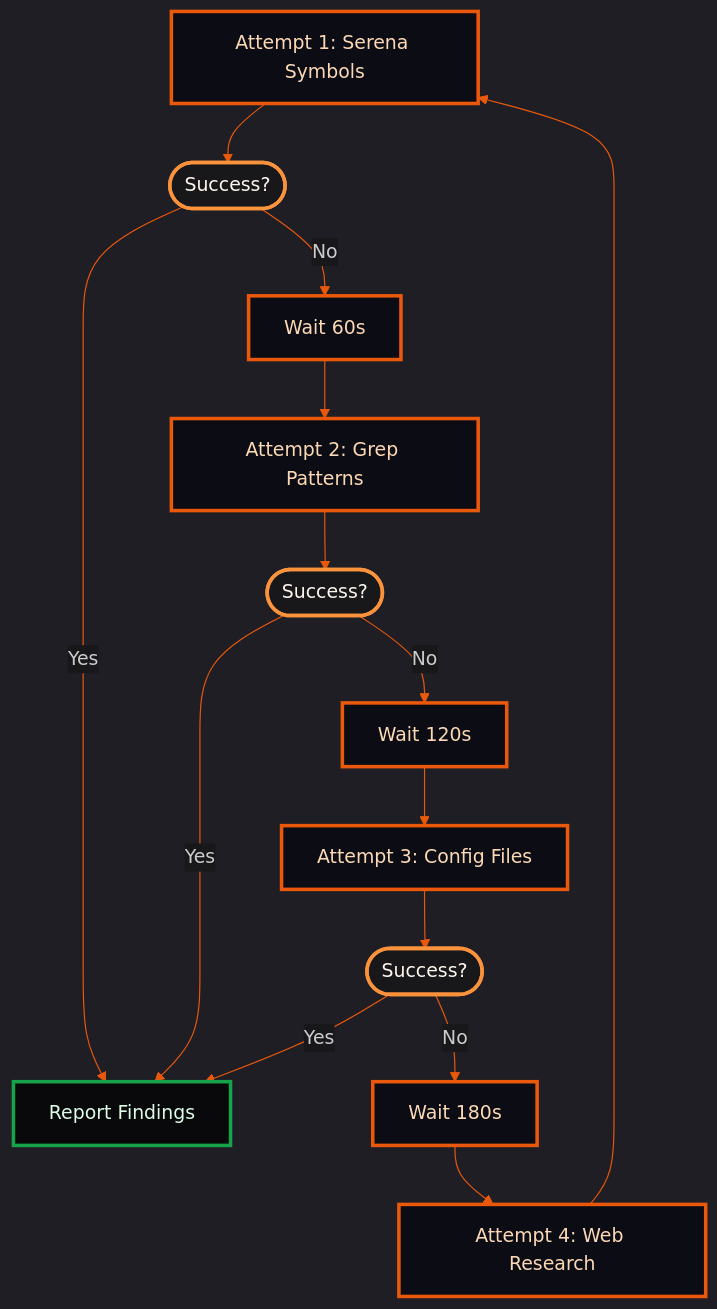
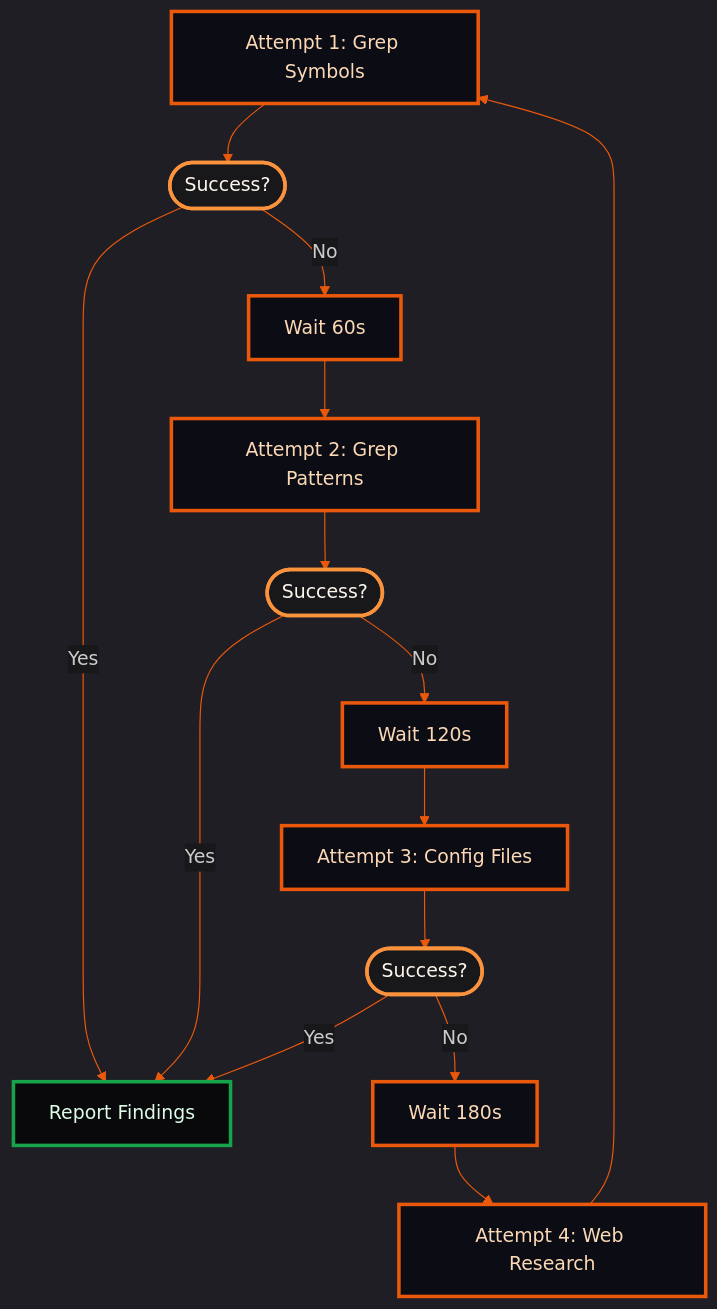
Before and after one commit to bosmadev/claude: the diagram in agents/backend-hunter.md, drawn with Mermaid. The commit also changed other lines of this file and 29 other files, not shown here.

````diff
--- a/agents/backend-hunter.md
+++ b/agents/backend-hunter.md
@@ -129,29 +126,29 @@
 ```mermaid
 %%{init: {'theme': 'dark', 'themeVariables': { 'primaryColor': '#0c0c14', 'primaryTextColor': '#fcd9b6', 'primaryBorderColor': '#c2410c', 'lineColor': '#ea580c', 'edgeLabelBackground': '#18181b'}}}%%
 graph TD
-    A["Attempt 1: Serena Symbols"] --> B(["Success?"])
+    A["Attempt 1: Grep Symbols"] --> B(["Success?"])
     B -->|Yes| C["Report Findings"]
     B -->|No| D["Wait 60s"]
     D --> E["Attempt 2: Grep Patterns"]
     E --> F(["Success?"])
     F -->|Yes| C
     F -->|No| G["Wait 120s"]
     G --> H["Attempt 3: Config Files"]
     H --> I(["Success?"])
     I -->|Yes| C
     I -->|No| J["Wait 180s"]
     J --> K["Attempt 4: Web Research"]
     K --> A
 
     style A fill:#0c0c14,stroke:#ea580c,stroke-width:3px,color:#fcd9b6
     style B fill:#18181b,stroke:#fb923c,stroke-width:3px,color:#fff7ed
     style C fill:#09090b,stroke:#16a34a,stroke-width:3px,color:#dcfce7
     style D fill:#0c0c14,stroke:#ea580c,stroke-width:3px,color:#fcd9b6
     style E fill:#0c0c14,stroke:#ea580c,stroke-width:3px,color:#fcd9b6
     style F fill:#18181b,stroke:#fb923c,stroke-width:3px,color:#fff7ed
     style G fill:#0c0c14,stroke:#ea580c,stroke-width:3px,color:#fcd9b6
     style H fill:#0c0c14,stroke:#ea580c,stroke-width:3px,color:#fcd9b6
     style I fill:#18181b,stroke:#fb923c,stroke-width:3px,color:#fff7ed
     style J fill:#0c0c14,stroke:#ea580c,stroke-width:3px,color:#fcd9b6
     style K fill:#0c0c14,stroke:#ea580c,stroke-width:3px,color:#fcd9b6
 ```
````
